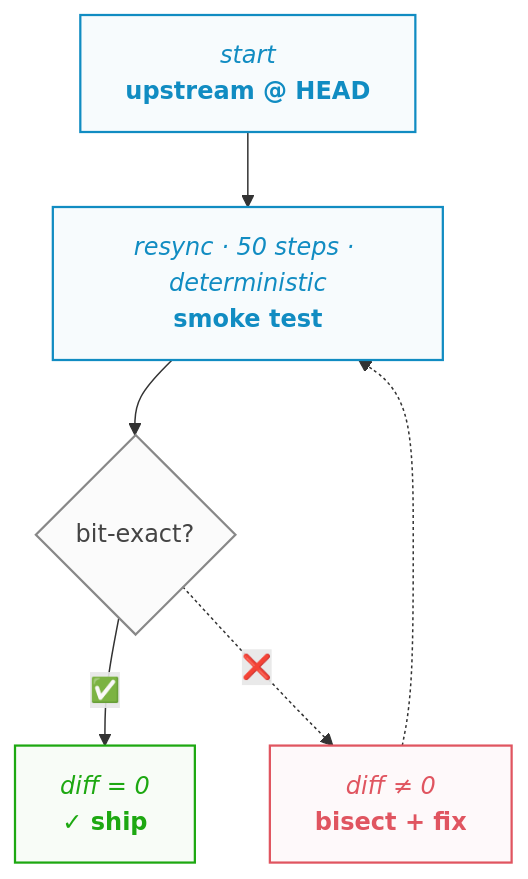
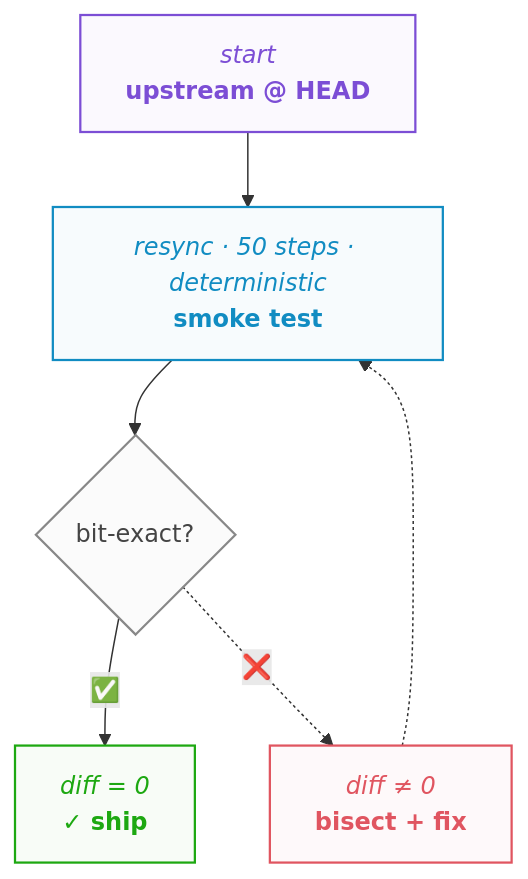
One commit to saforem2/sam.onl changed the second of 6 diagrams in web/src/pages/talks/2026/06/03/index.mdx. Above: the diagram before and after it, drawn with Mermaid. The commit also changed other lines of this file, not shown here.

Commit message:
style(talks/2026-06-03): split fork-tax source vs resync colors
`upstream @ HEAD` (input) and `resync + smoke test` (action) were
both `stage`-class blue, which read as "the same thing happened
twice." Pull `upstream @ HEAD` out into a new `source` class (purple
#7c4ed5) so the diagram visually parses as "external input → our
action → gate → branch", not "two blue boxes do something."

````diff
--- a/web/src/pages/talks/2026/06/03/index.mdx
+++ b/web/src/pages/talks/2026/06/03/index.mdx
@@ -511,17 +511,19 @@
 ```mermaid
 flowchart TB
     A["<i>start</i><br/><span style='font-weight:700'>upstream @ HEAD</span>"] --> B["<i>resync · 50 steps · deterministic</i><br/><span style='font-weight:700'>smoke test</span>"]
     B --> D{"bit-exact?"}
     D -->|✅| C["<i>diff = 0</i><br/><span style='font-weight:700'>✓ ship</span>"]
     D -.->|❌️| F["<i>diff &ne; 0</i><br/><span style='font-weight:700'>bisect + fix</span>"]
     F -.-> B
 
-    classDef stage fill:#118cc208,stroke:#118cc2,color:#118cc2,stroke-width:1.5px
-    classDef ship  fill:#1da81108,stroke:#1da811,color:#1da811,stroke-width:1.5px
-    classDef gate  fill:#88888808,stroke:#888,color:#444,stroke-width:1.5px
-    classDef bad   fill:#e0556008,stroke:#e05560,color:#e05560,stroke-width:1.5px
-    class A,B stage
+    classDef source fill:#7c4ed508,stroke:#7c4ed5,color:#7c4ed5,stroke-width:1.5px
+    classDef stage  fill:#118cc208,stroke:#118cc2,color:#118cc2,stroke-width:1.5px
+    classDef ship   fill:#1da81108,stroke:#1da811,color:#1da811,stroke-width:1.5px
+    classDef gate   fill:#88888808,stroke:#888,color:#444,stroke-width:1.5px
+    classDef bad    fill:#e0556008,stroke:#e05560,color:#e05560,stroke-width:1.5px
+    class A source
+    class B stage
     class D gate
     class C ship
     class F bad
 ```
````
